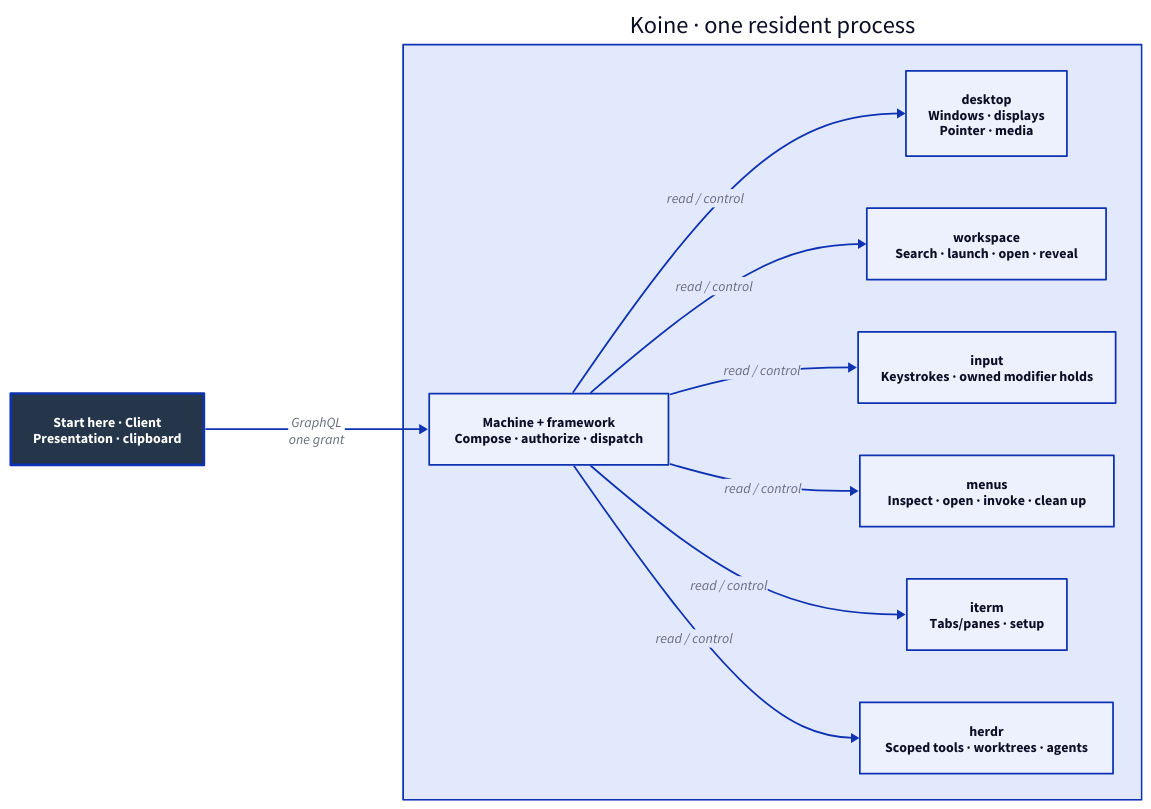
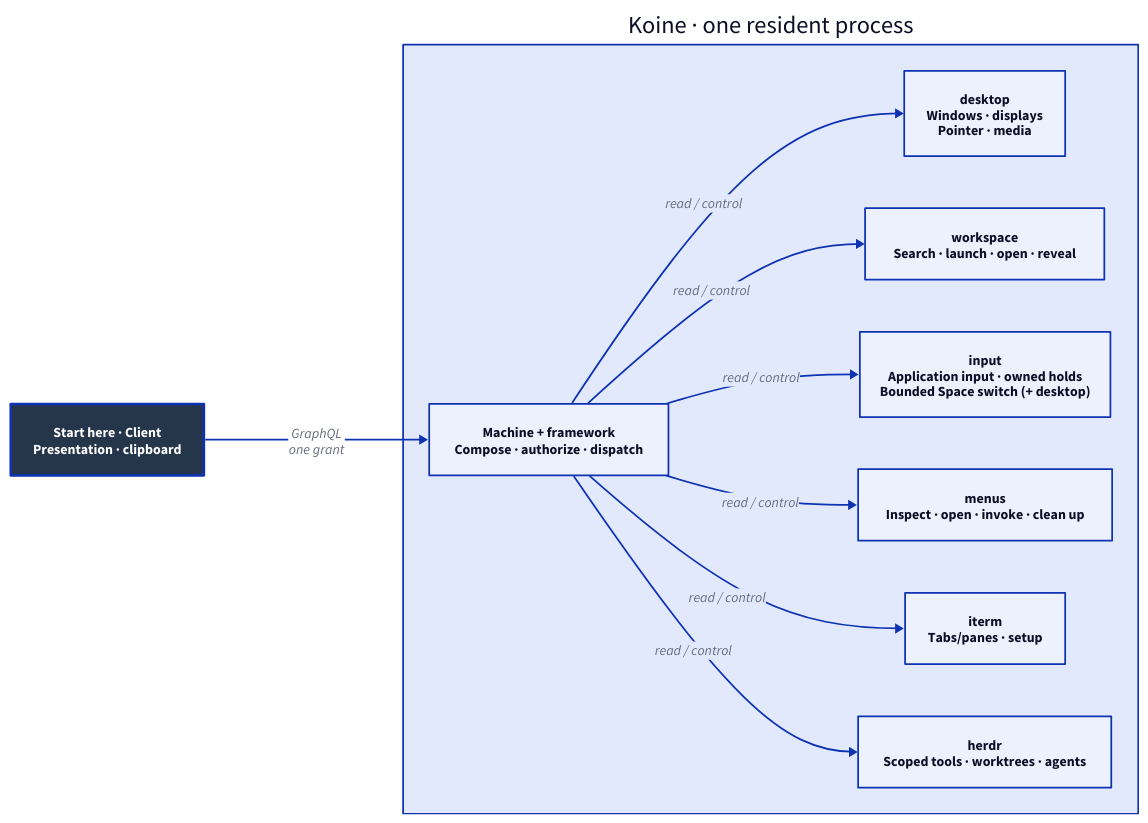
Before and after one commit to Linkuistics/Koine: the diagram in docs/design/architecture/workflow-providers.d2, drawn with D2. The commit also changed 58 other files, not shown here.

Commit message:
provider-architecture-k49: integrate effect authority, consent and composition review

```diff
--- a/docs/design/architecture/workflow-providers.d2
+++ b/docs/design/architecture/workflow-providers.d2
@@ -1,23 +1,23 @@
 # Component/authority view, not deployment containers. All providers run in Koine.
 direction: right
 classes: {
   start: {style: {fill: "#25364B"; font-color: "#FFFFFF"; bold: true; stroke-width: 3}}
 }
 Client: "Start here · Client\nPresentation · clipboard" {class: start}
 Host: "Koine · one resident process" {
   direction: right
   Core: "Machine + framework\nCompose · authorize · dispatch"
   Desktop: "desktop\nWindows · displays\nPointer · media"
   Workspace: "workspace\nSearch · launch · open · reveal"
-  Input: "input\nKeystrokes · owned modifier holds"
+  Input: "input\nApplication input · owned holds\nBounded Space switch (+ desktop)"
   Menus: "menus\nInspect · open · invoke · clean up"
   Iterm: "iterm\nTabs/panes · setup"
   Herdr: "herdr\nScoped tools · worktrees · agents"
   Core -> Desktop: "read / control"
   Core -> Workspace: "read / control"
   Core -> Input: "read / control"
   Core -> Menus: "read / control"
   Core -> Iterm: "read / control"
   Core -> Herdr: "read / control"
 }
 Client -> Host.Core: "GraphQL\none grant"
```
